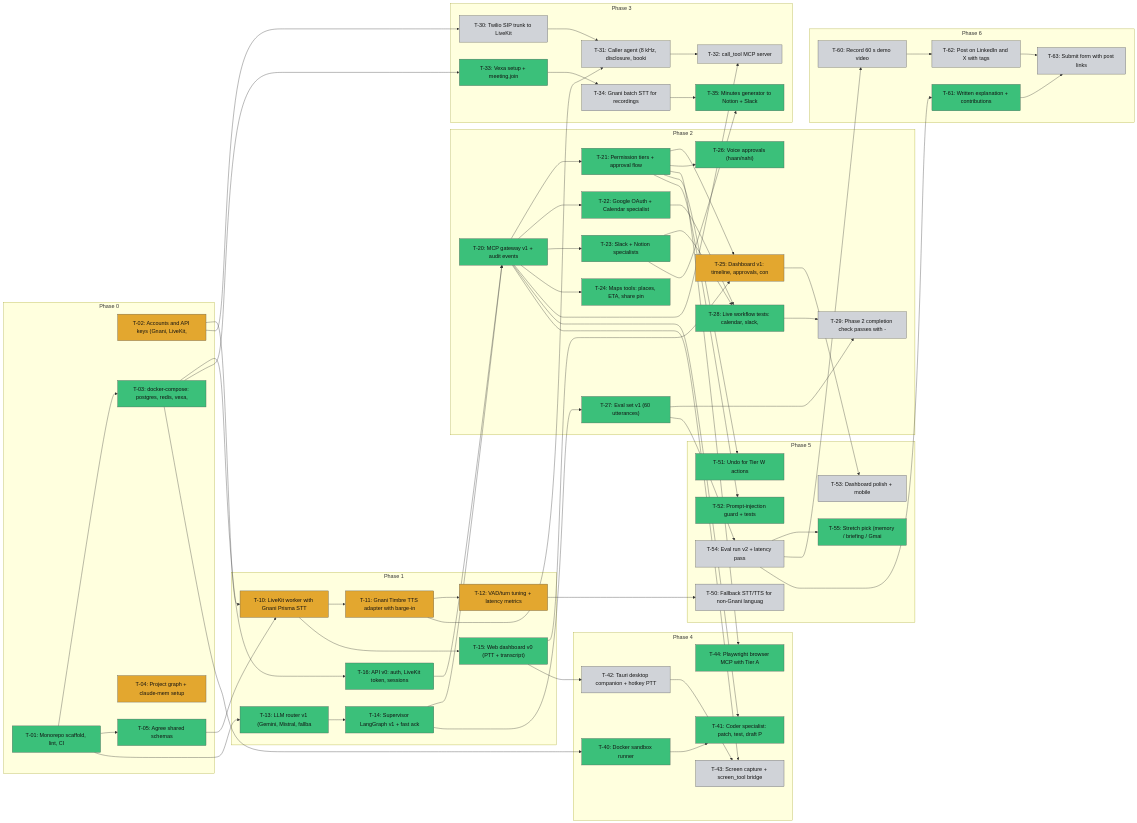
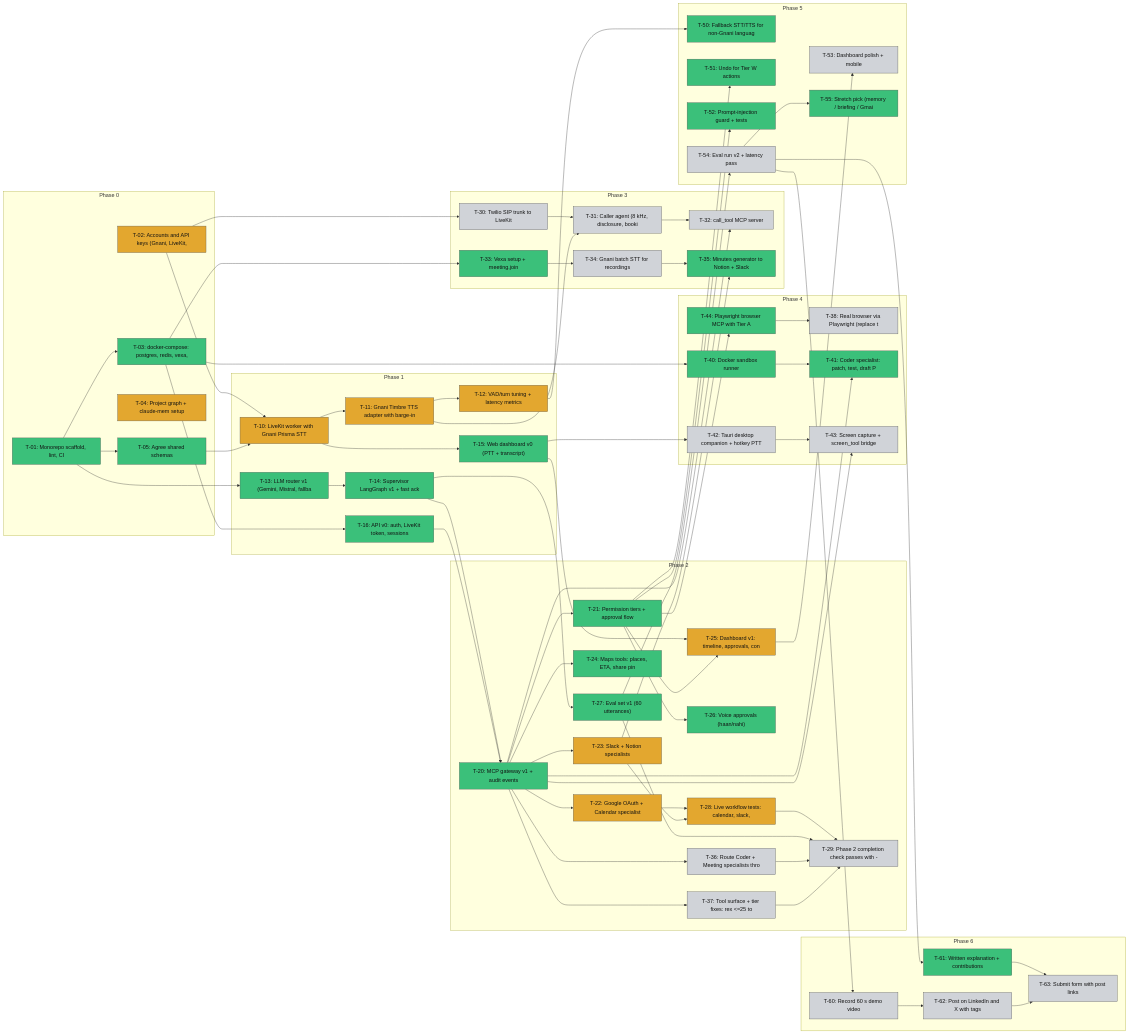
One commit to Joohhnnyyy/Rex changed the diagram in PROGRESS.md. Above: the diagram before and after it, drawn with Mermaid. The commit also changed other lines of this file and 5 other files, not shown here.

```diff
--- a/PROGRESS.md
+++ b/PROGRESS.md
@@ -77,14 +82,16 @@
   subgraph Phase2["Phase 2"]
     T20["T-20: MCP gateway v1 + audit events"]:::done
     T21["T-21: Permission tiers + approval flow"]:::done
-    T22["T-22: Google OAuth + Calendar specialist"]:::done
-    T23["T-23: Slack + Notion specialists"]:::done
+    T22["T-22: Google OAuth + Calendar specialist"]:::in_progress
+    T23["T-23: Slack + Notion specialists"]:::in_progress
     T24["T-24: Maps tools: places, ETA, share pin"]:::done
     T25["T-25: Dashboard v1: timeline, approvals, con"]:::in_progress
     T26["T-26: Voice approvals (haan/nahi)"]:::done
     T27["T-27: Eval set v1 (60 utterances)"]:::done
-    T28["T-28: Live workflow tests: calendar, slack, "]:::done
+    T28["T-28: Live workflow tests: calendar, slack, "]:::in_progress
     T29["T-29: Phase 2 completion check passes with -"]:::todo
+    T36["T-36: Route Coder + Meeting specialists thro"]:::todo
+    T37["T-37: Tool surface + tier fixes: rex <=25 to"]:::todo
   end
   subgraph Phase3["Phase 3"]
     T30["T-30: Twilio SIP trunk to LiveKit"]:::todo
@@ -95,6 +102,7 @@
     T35["T-35: Minutes generator to Notion + Slack"]:::done
   end
   subgraph Phase4["Phase 4"]
+    T38["T-38: Real browser via Playwright (replace t"]:::todo
     T40["T-40: Docker sandbox runner"]:::done
     T41["T-41: Coder specialist: patch, test, draft P"]:::done
     T42["T-42: Tauri desktop companion + hotkey PTT"]:::todo
@@ -102,7 +110,7 @@
     T44["T-44: Playwright browser MCP with Tier A"]:::done
   end
   subgraph Phase5["Phase 5"]
-    T50["T-50: Fallback STT/TTS for non-Gnani languag"]:::todo
+    T50["T-50: Fallback STT/TTS for non-Gnani languag"]:::done
     T51["T-51: Undo for Tier W actions"]:::done
     T52["T-52: Prompt-injection guard + tests"]:::done
     T53["T-53: Dashboard polish + mobile"]:::todo
@@ -139,6 +147,8 @@
   T23 --> T28
   T28 --> T29
   T27 --> T29
+  T36 --> T29
+  T37 --> T29
   T02 --> T30
   T30 --> T31
   T11 --> T31
@@ -148,6 +158,9 @@
   T33 --> T34
   T34 --> T35
   T23 --> T35
+  T20 --> T36
+  T20 --> T37
+  T44 --> T38
   T03 --> T40
   T40 --> T41
   T20 --> T41
```
